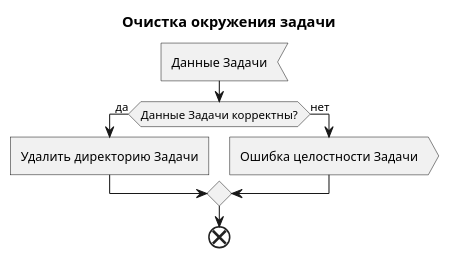
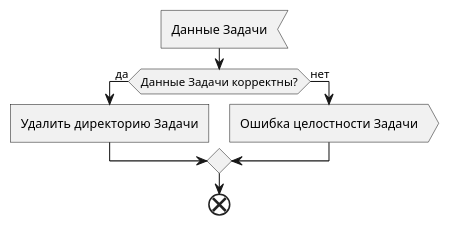
One commit to mrypdm/JobSystem changed the fifth of 7 diagrams in docs/diagrams/activity/Job.Worker.puml. Above: the diagram before and after it, drawn with PlantUML. The commit also changed other lines of this file and 19 other files, not shown here.

```diff
--- a/docs/diagrams/activity/Job.Worker.puml
+++ b/docs/diagrams/activity/Job.Worker.puml
@@ -142,15 +134,13 @@
 @startuml Clean environment
-
-title Очистка окружения задачи
 
 :Данные Задачи<
 
 if (Данные Задачи корректны?) then (да)
     :Удалить директорию Задачи]
 else (нет)
     :Ошибка целостности Задачи>
 endif
 
 end
 
 @enduml
```
